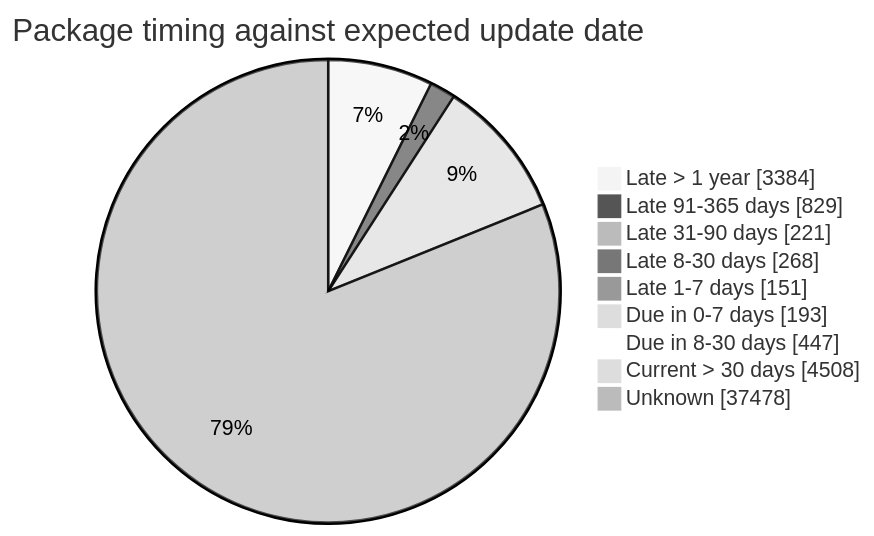
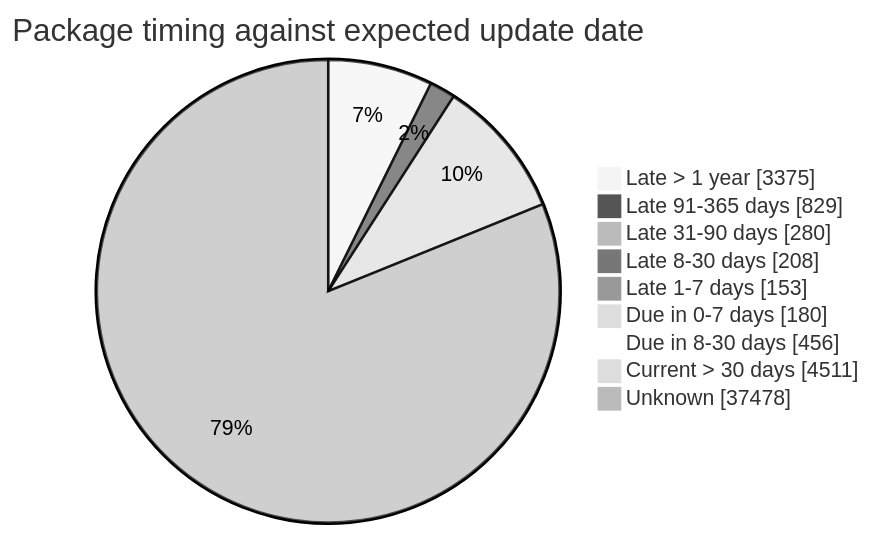
One commit to open-data/analytics-corporate-reporting changed the fourth of 5 diagrams in FreshCheck/README.md. Above: the diagram before and after it, drawn with Mermaid (neutral theme). The commit also changed other lines of this file and 3 other files, not shown here.

````diff
--- a/FreshCheck/README.md
+++ b/FreshCheck/README.md
@@ -87,12 +87,12 @@
 ```mermaid
 pie showData title Package timing against expected update date
-    "Late > 1 year": 3384
+    "Late > 1 year": 3375
     "Late 91-365 days": 829
-    "Late 31-90 days": 221
-    "Late 8-30 days": 268
-    "Late 1-7 days": 151
-    "Due in 0-7 days": 193
-    "Due in 8-30 days": 447
-    "Current > 30 days": 4508
+    "Late 31-90 days": 280
+    "Late 8-30 days": 208
+    "Late 1-7 days": 153
+    "Due in 0-7 days": 180
+    "Due in 8-30 days": 456
+    "Current > 30 days": 4511
     "Unknown": 37478
 ```
````
